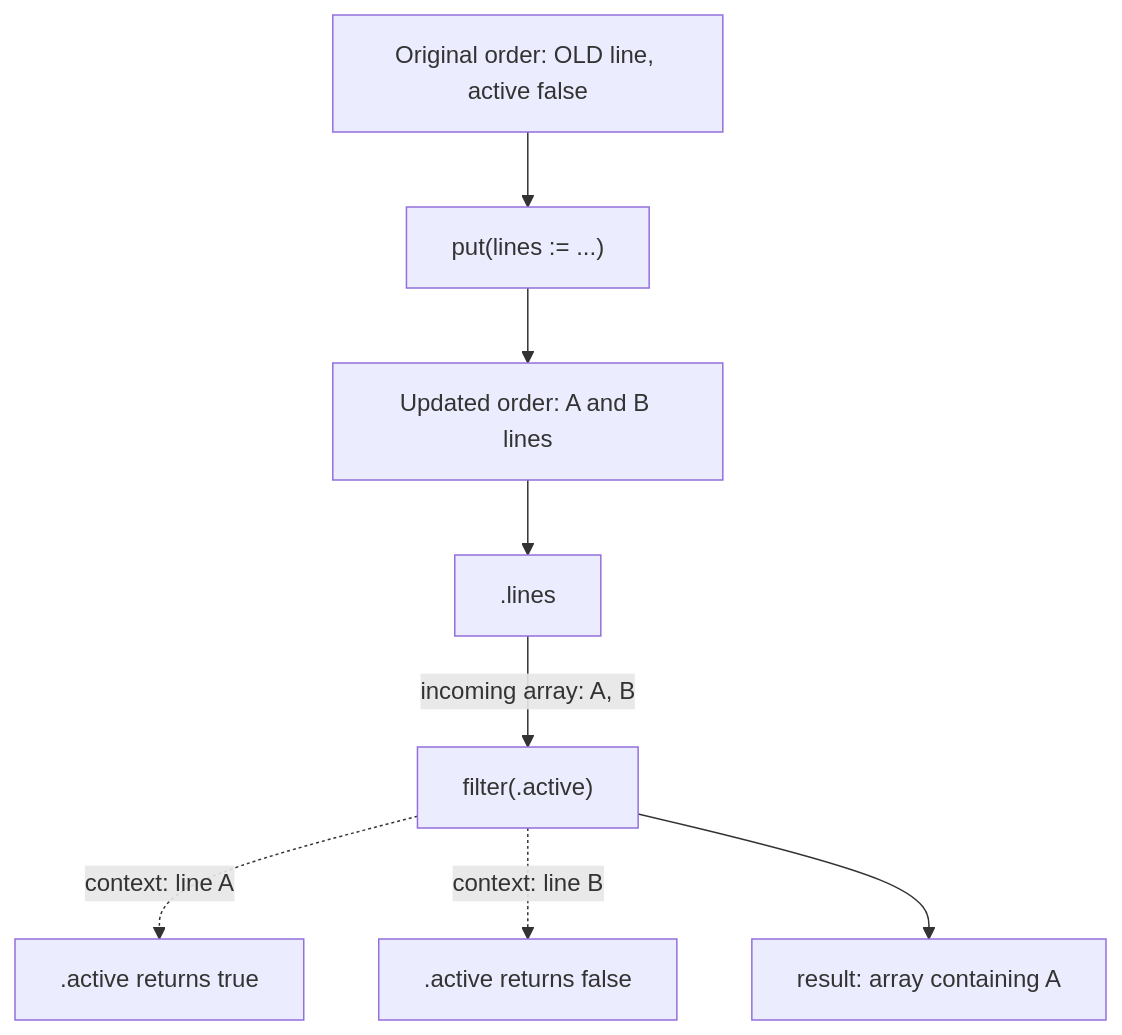
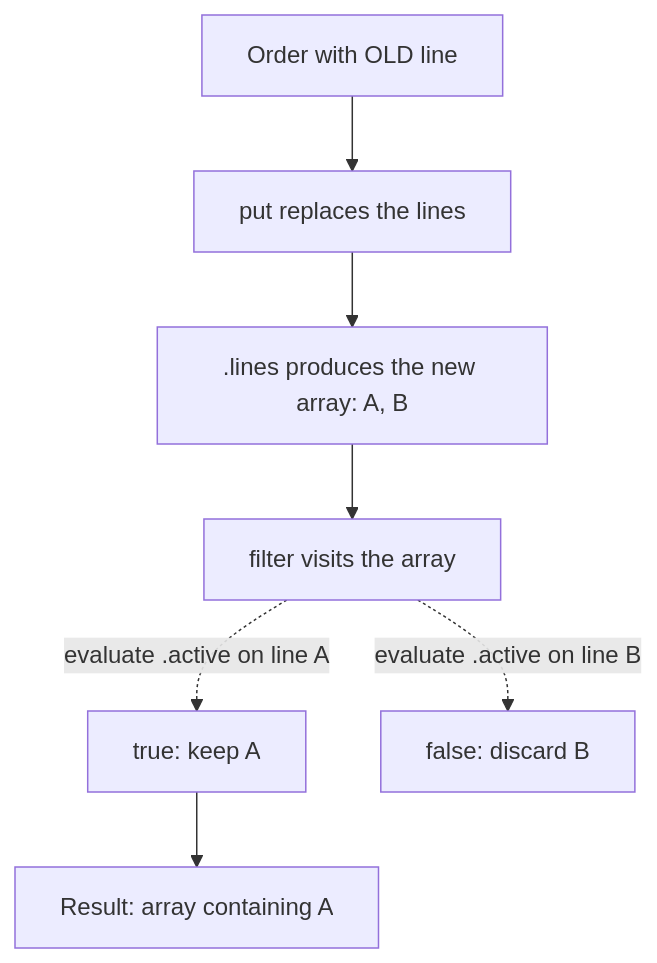
Before and after one commit to Seddryck/Expressif: the second of 2 diagrams in docs/language/argument-contexts.md, drawn with Mermaid. The commit also changed other lines of this file, not shown here.

Commit message:
docs: explain natural readings before context mechanics

````diff
--- a/docs/language/argument-contexts.md
+++ b/docs/language/argument-contexts.md
@@ -79,10 +66,9 @@
 ```mermaid
 flowchart TD
-    R["Original order: OLD line, active false"] --> P["put(lines := ...)"]
-    P --> U["Updated order: A and B lines"]
-    U --> L[".lines"]
-    L -->|"incoming array: A, B"| F["filter(.active)"]
-    F -. "context: line A" .-> A[".active returns true"]
-    F -. "context: line B" .-> B[".active returns false"]
-    F --> O["result: array containing A"]
+    R["Order with OLD line"] --> P["put replaces the lines"]
+    P --> L[".lines produces the new array: A, B"]
+    L --> F["filter visits the array"]
+    F -. "evaluate .active on line A" .-> A["true: keep A"]
+    F -. "evaluate .active on line B" .-> B["false: discard B"]
+    A --> O["Result: array containing A"]
 ```
````
